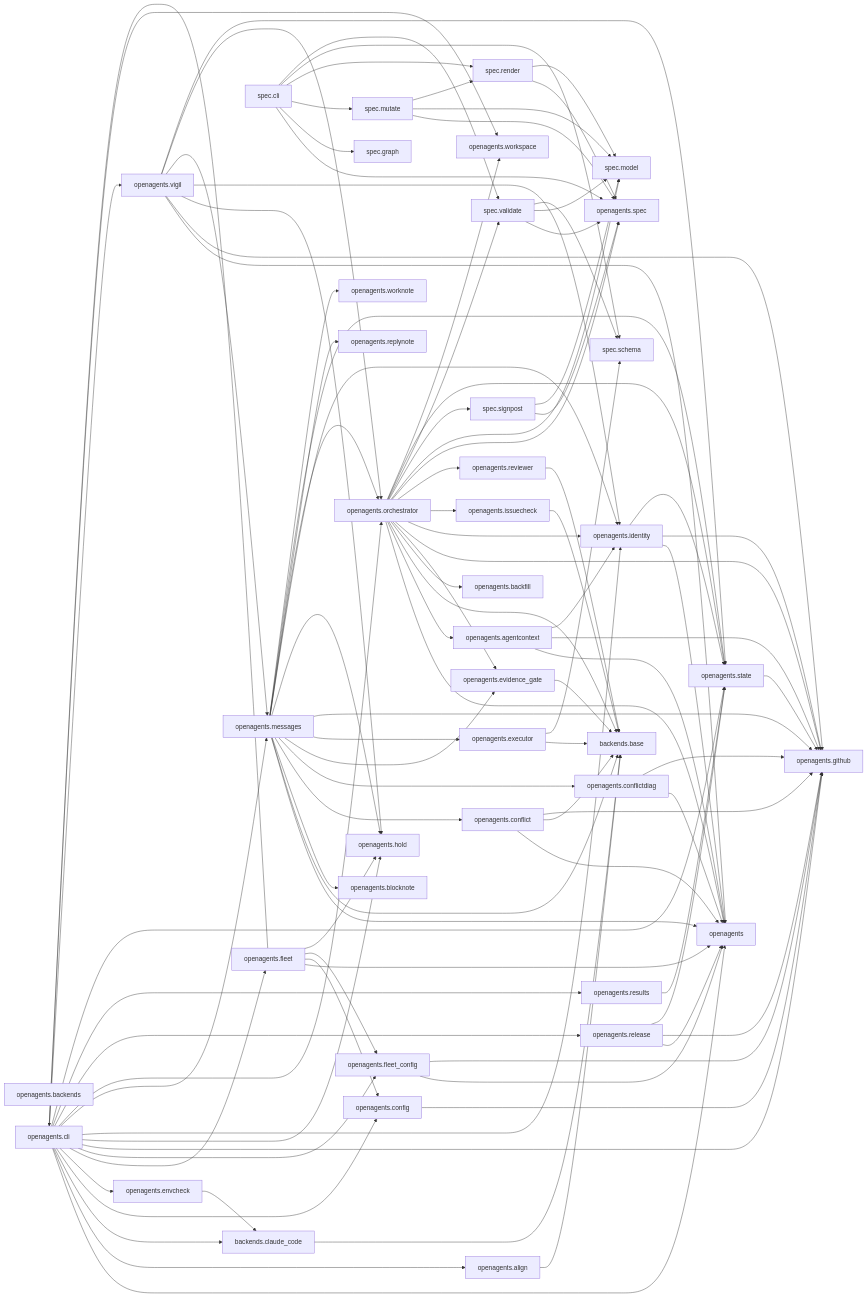
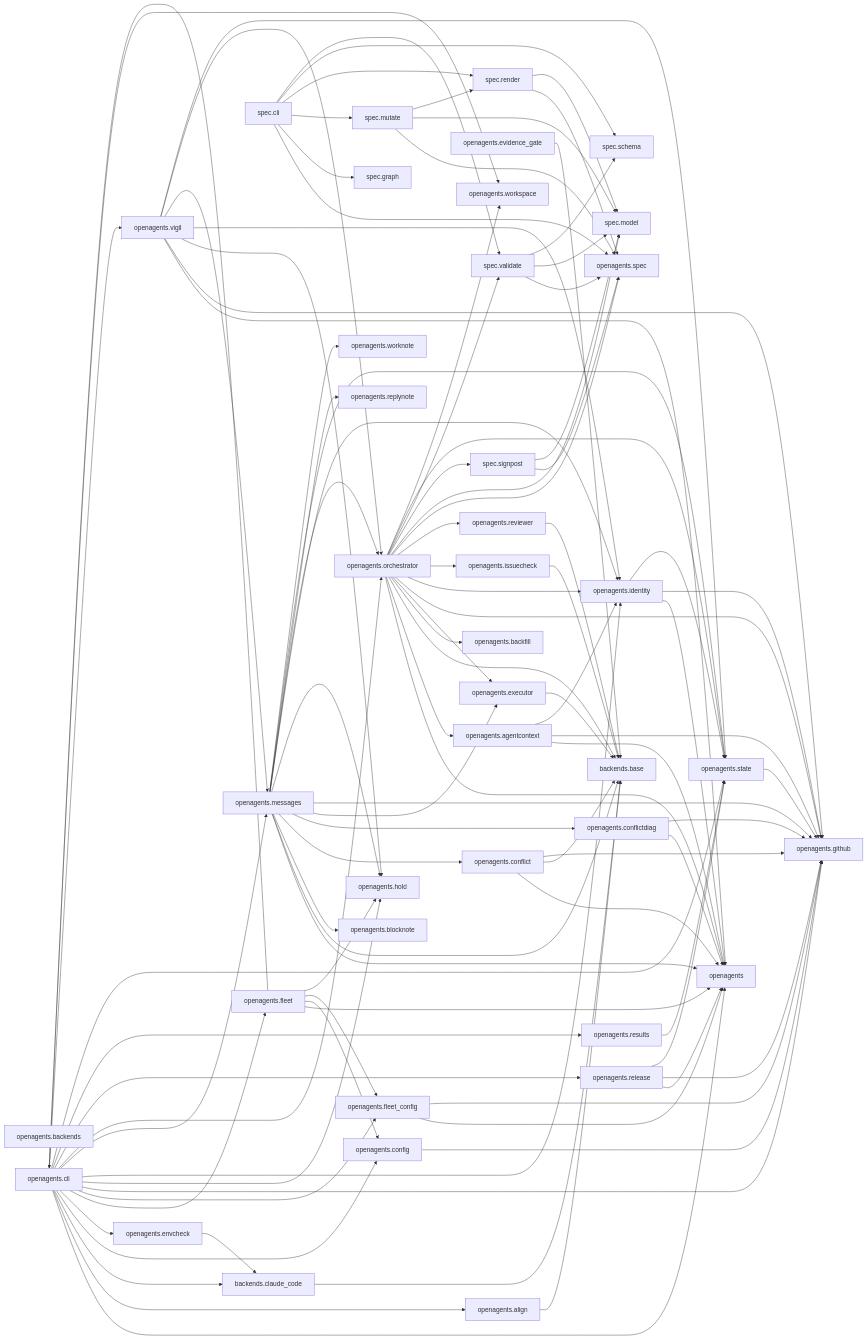
Before and after one commit to Curry09/OpenAgents: the diagram in docs/specs/ARCHITECTURE.md, drawn with Mermaid. The commit also changed other lines of this file and 33 other files, not shown here.

```diff
--- a/docs/specs/ARCHITECTURE.md
+++ b/docs/specs/ARCHITECTURE.md
@@ -140,7 +140,6 @@
     nopenagents_envcheck --> nopenagents_backends_claude_code
     nopenagents_evidence_gate --> nopenagents_backends_base
     nopenagents_executor --> nopenagents_backends_base
-    nopenagents_executor --> nopenagents_spec_schema
     nopenagents_fleet --> nopenagents
     nopenagents_fleet --> nopenagents_cli
     nopenagents_fleet --> nopenagents_config
@@ -157,7 +156,6 @@
     nopenagents_messages --> nopenagents_blocknote
     nopenagents_messages --> nopenagents_conflict
     nopenagents_messages --> nopenagents_conflictdiag
-    nopenagents_messages --> nopenagents_evidence_gate
     nopenagents_messages --> nopenagents_executor
     nopenagents_messages --> nopenagents_github
     nopenagents_messages --> nopenagents_hold
@@ -170,7 +168,7 @@
     nopenagents_orchestrator --> nopenagents_agentcontext
     nopenagents_orchestrator --> nopenagents_backends_base
     nopenagents_orchestrator --> nopenagents_backfill
-    nopenagents_orchestrator --> nopenagents_evidence_gate
+    nopenagents_orchestrator --> nopenagents_executor
     nopenagents_orchestrator --> nopenagents_github
     nopenagents_orchestrator --> nopenagents_identity
     nopenagents_orchestrator --> nopenagents_issuecheck
```
